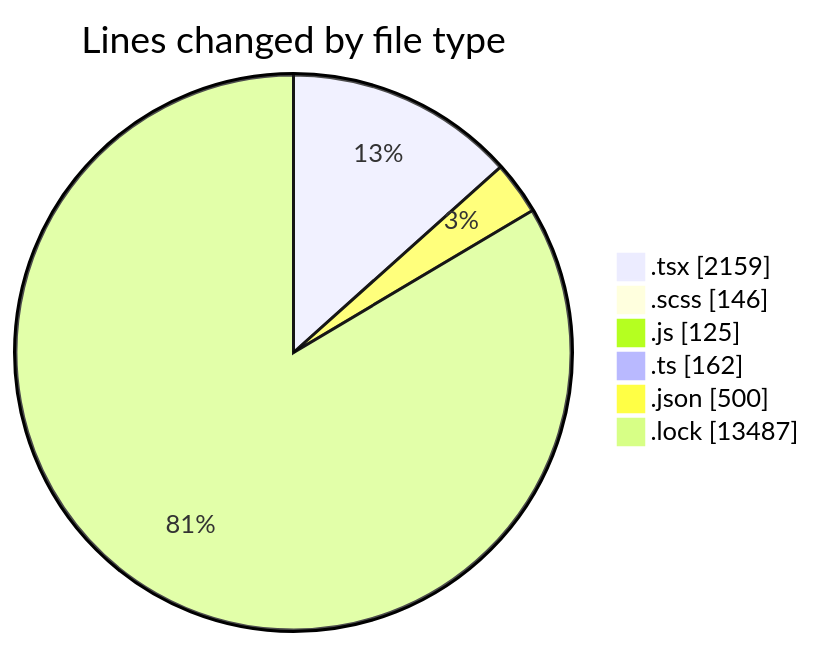
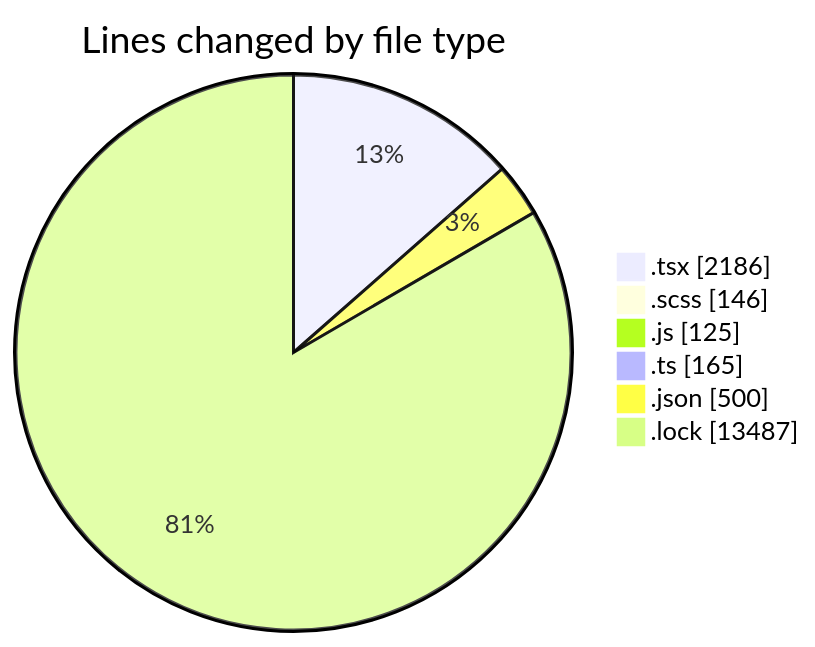
Before and after one commit to momahboobian/code-tracking: the first of 2 diagrams in 2026-04-24/cda/README.md, drawn with Mermaid. The commit also changed other lines of this file and 1 other file, not shown here.

````diff
--- a/2026-04-24/cda/README.md
+++ b/2026-04-24/cda/README.md
@@ -37,10 +39,10 @@
 ```mermaid
 pie showData
 title Lines changed by file type
-".tsx" : 2159
+".tsx" : 2186
 ".scss" : 146
 ".js" : 125
-".ts" : 162
+".ts" : 165
 ".json" : 500
 ".lock" : 13487
 ```
````
